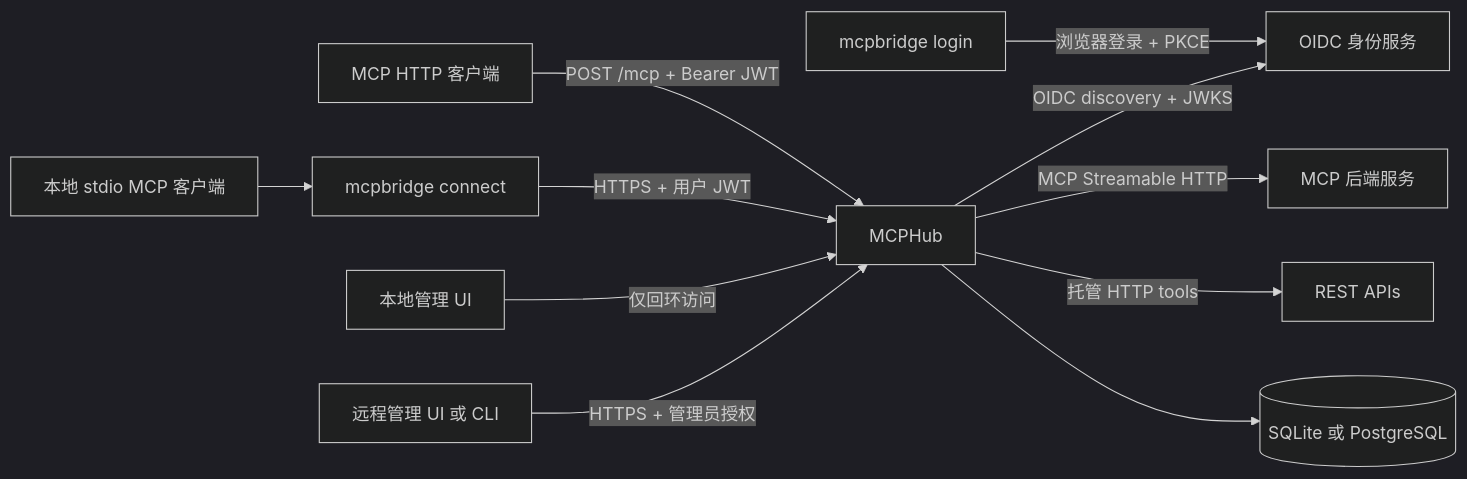
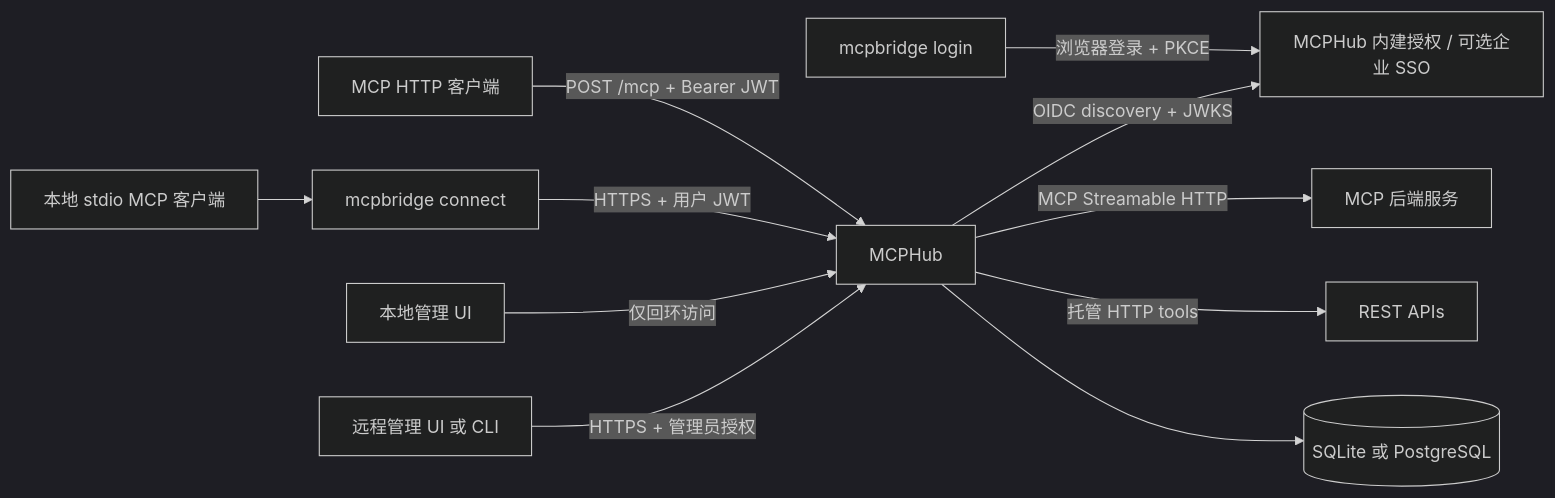
One commit to SamuelSupe/mcphub changed the diagram in README.zh-CN.md. Above: the diagram before and after it, drawn with Mermaid (dark theme). The commit also changed other lines of this file and 146 other files, not shown here.

````diff
--- a/README.zh-CN.md
+++ b/README.zh-CN.md
@@ -94,13 +119,13 @@
 ```mermaid
 flowchart LR
     C[MCP HTTP 客户端] -->|POST /mcp + Bearer JWT| H[MCPHub]
     S[本地 stdio MCP 客户端] --> CLI[mcpbridge connect]
     CLI -->|HTTPS + 用户 JWT| H
-    L[mcpbridge login] -->|浏览器登录 + PKCE| I[OIDC 身份服务]
+    L[mcpbridge login] -->|浏览器登录 + PKCE| I[MCPHub 内建授权 / 可选企业 SSO]
     H -->|OIDC discovery + JWKS| I
     H -->|MCP Streamable HTTP| B[MCP 后端服务]
     H -->|托管 HTTP tools| A[REST APIs]
     U[本地管理 UI] -->|仅回环访问| H
     R[远程管理 UI 或 CLI] -->|HTTPS + 管理员授权| H
     H --> D[(SQLite 或 PostgreSQL)]
 ```
````
